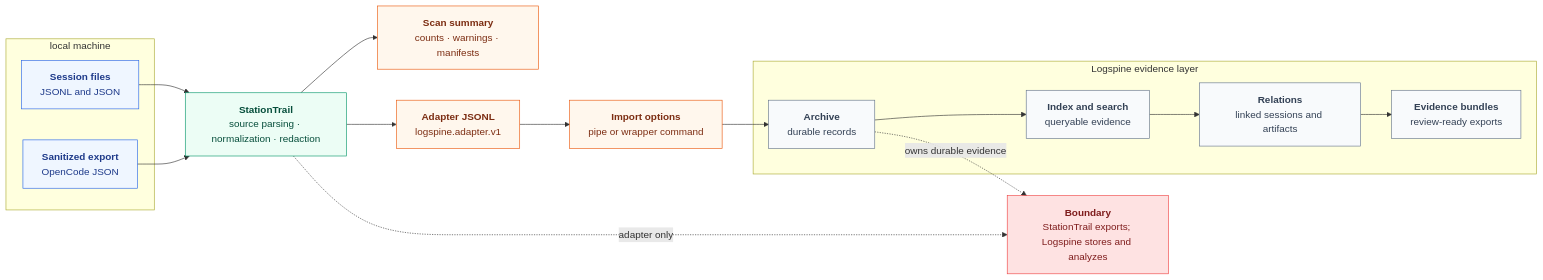
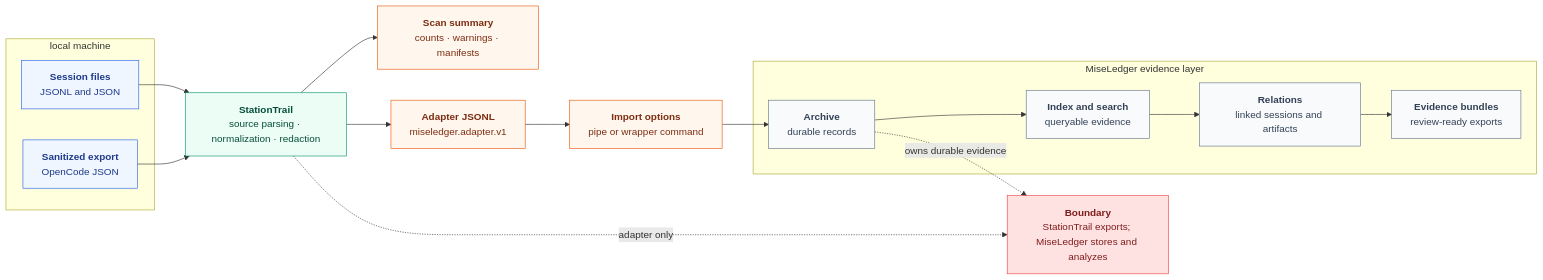
The second of 2 diagrams in README.md (solomonneas/agenttrail), drawn with Mermaid before and after one commit. The commit also changed other lines of this file and 16 other files, not shown here.

Commit message:
chore: rename adapter target to miseledger

````diff
--- a/README.md
+++ b/README.md
@@ -80,40 +80,40 @@
 ```mermaid
 flowchart LR
     subgraph LOCAL [" local machine "]
         FILES["<b>Session files</b><br/>JSONL and JSON"]
         EXPORT["<b>Sanitized export</b><br/>OpenCode JSON"]
     end
 
     STATIONTRAIL["<b>StationTrail</b><br/>source parsing &middot; normalization &middot; redaction"]
     SUMMARY["<b>Scan summary</b><br/>counts &middot; warnings &middot; manifests"]
-    ADAPTER["<b>Adapter JSONL</b><br/>logspine.adapter.v1"]
+    ADAPTER["<b>Adapter JSONL</b><br/>miseledger.adapter.v1"]
     IMPORT["<b>Import options</b><br/>pipe or wrapper command"]
 
     FILES & EXPORT --> STATIONTRAIL
     STATIONTRAIL --> ADAPTER --> IMPORT
     STATIONTRAIL --> SUMMARY
 
-    subgraph LOGSPINE [" Logspine evidence layer "]
+    subgraph MISELEDGER [" MiseLedger evidence layer "]
         ARCHIVE["<b>Archive</b><br/>durable records"]
         INDEX["<b>Index and search</b><br/>queryable evidence"]
         RELATIONS["<b>Relations</b><br/>linked sessions and artifacts"]
         BUNDLES["<b>Evidence bundles</b><br/>review-ready exports"]
     end
 
     IMPORT --> ARCHIVE --> INDEX --> RELATIONS --> BUNDLES
 
-    BOUNDARY["<b>Boundary</b><br/>StationTrail exports; Logspine stores and analyzes"]
+    BOUNDARY["<b>Boundary</b><br/>StationTrail exports; MiseLedger stores and analyzes"]
     STATIONTRAIL -. adapter only .-> BOUNDARY
     ARCHIVE -. owns durable evidence .-> BOUNDARY
 
     classDef source fill:#eff6ff,stroke:#2563eb,color:#1e3a8a;
     classDef process fill:#ecfdf5,stroke:#059669,color:#064e3b;
     classDef stream fill:#fff7ed,stroke:#ea580c,color:#7c2d12;
     classDef sink fill:#f8fafc,stroke:#64748b,color:#334155;
     classDef guard fill:#fee2e2,stroke:#ef4444,color:#7f1d1d;
     class FILES,EXPORT source;
     class STATIONTRAIL process;
     class ADAPTER,IMPORT,SUMMARY stream;
     class ARCHIVE,INDEX,RELATIONS,BUNDLES sink;
     class BOUNDARY guard;
 ```
````
